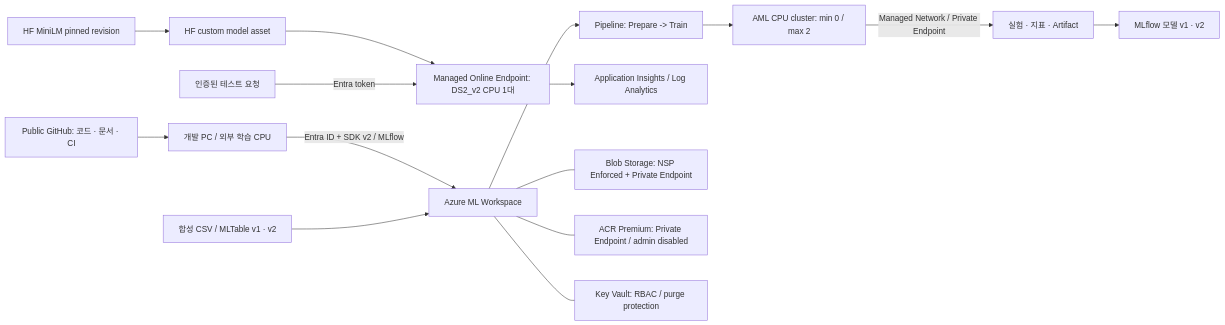
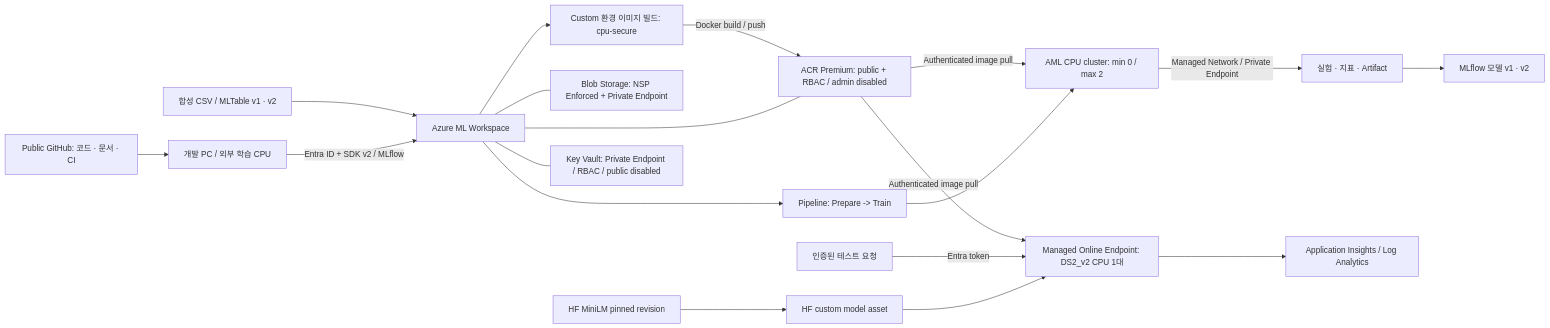
The diagram in README.md (daeungo1/azure-llm-mlops), drawn with Mermaid before and after one commit. The commit also changed other lines of this file and 2 other files, not shown here.

First line of the commit message:
docs: clarify MLOps completion scope and ACR builds [skip ci]

````diff
--- a/README.md
+++ b/README.md
@@ -37,17 +41,21 @@
 ```mermaid
 flowchart LR
     Dev["개발 PC / 외부 학습 CPU"] -->|"Entra ID + SDK v2 / MLflow"| AML["Azure ML Workspace"]
     Git["Public GitHub: 코드 · 문서 · CI"] --> Dev
     Data["합성 CSV / MLTable v1 · v2"] --> AML
     AML --> Pipe["Pipeline: Prepare -> Train"]
     Pipe --> CPU["AML CPU cluster: min 0 / max 2"]
     CPU -->|"Managed Network / Private Endpoint"| Runs["실험 · 지표 · Artifact"]
     Runs --> Models["MLflow 모델 v1 · v2"]
     HF["HF MiniLM pinned revision"] --> Registry["HF custom model asset"]
     Registry --> Online["Managed Online Endpoint: DS2_v2 CPU 1대"]
     Client["인증된 테스트 요청"] -->|"Entra token"| Online
     Online --> Observe["Application Insights / Log Analytics"]
     AML --- Blob["Blob Storage: NSP Enforced + Private Endpoint"]
-    AML --- ACR["ACR Premium: Private Endpoint / admin disabled"]
-    AML --- KV["Key Vault: RBAC / purge protection"]
+    AML --- ACR["ACR Premium: public + RBAC / admin disabled"]
+    AML --> Build["Custom 환경 이미지 빌드: cpu-secure"]
+    Build -->|"Docker build / push"| ACR
+    ACR -->|"Authenticated image pull"| CPU
+    ACR -->|"Authenticated image pull"| Online
+    AML --- KV["Key Vault: Private Endpoint / RBAC / public disabled"]
 ```
````
